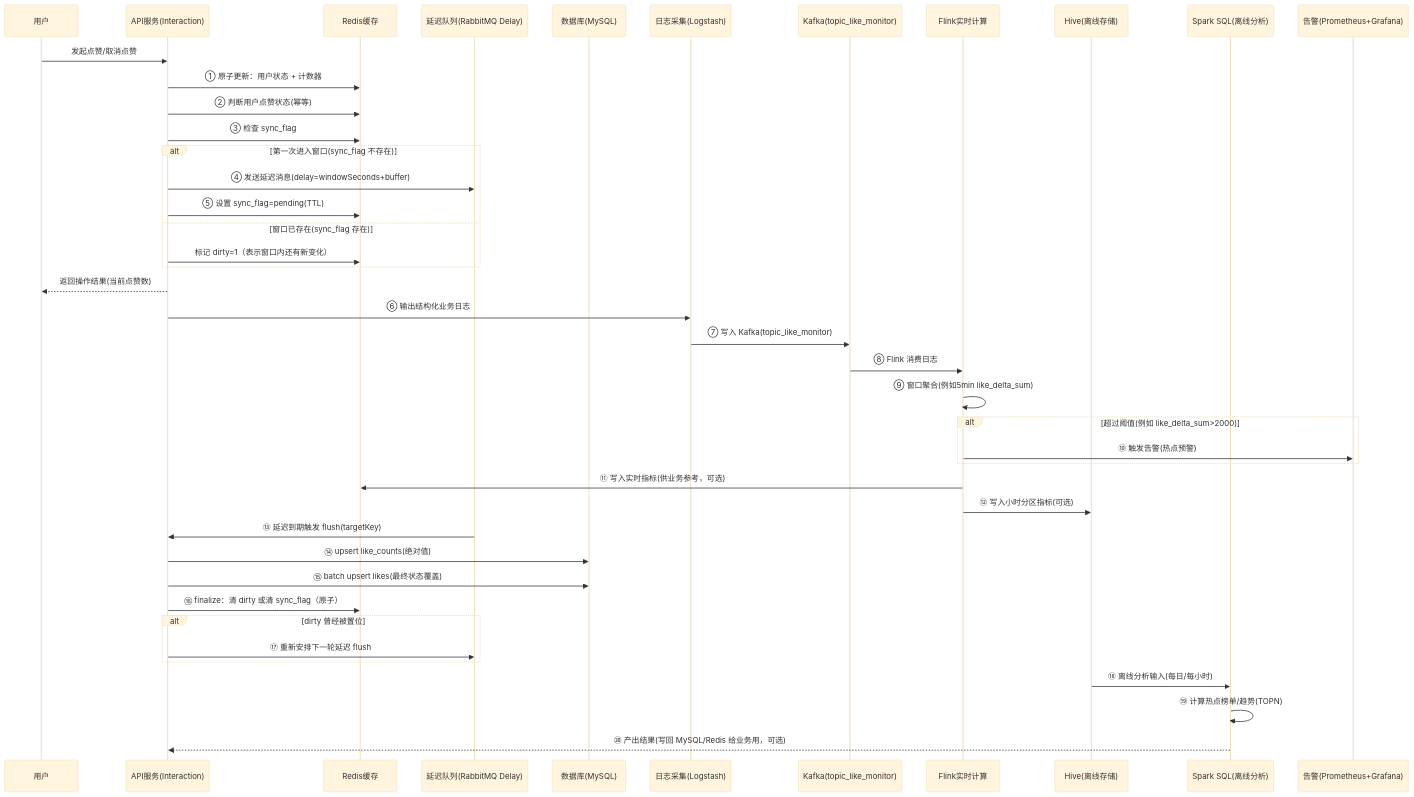
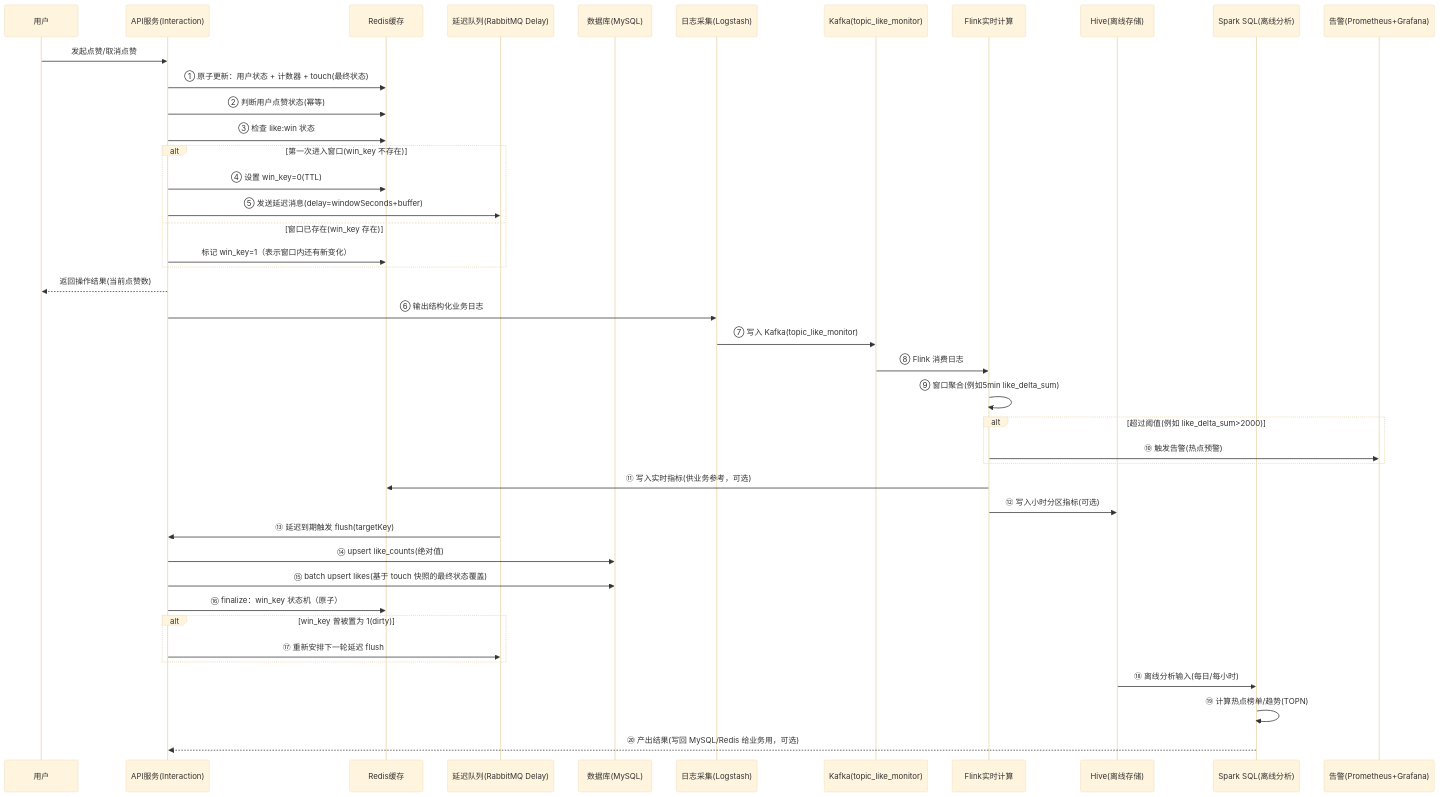
The diagram in .codex/interaction-like-pipeline-implementation.md (Yager-42/--), drawn with Mermaid (base theme) before and after one commit. The commit also changed other lines of this file and 9 other files, not shown here.

````diff
--- a/.codex/interaction-like-pipeline-implementation.md
+++ b/.codex/interaction-like-pipeline-implementation.md
@@ -120,48 +222,48 @@
 ```mermaid
 sequenceDiagram
     participant U as 用户
     participant API as API服务(Interaction)
     participant R as Redis缓存
     participant Q as 延迟队列(RabbitMQ Delay)
     participant DB as 数据库(MySQL)
     participant LS as 日志采集(Logstash)
     participant K as Kafka(topic_like_monitor)
     participant F as Flink实时计算
     participant H as Hive(离线存储)
     participant S as Spark SQL(离线分析)
     participant M as 告警(Prometheus+Grafana)
 
     U->>API: 发起点赞/取消点赞
-    API->>R: ① 原子更新：用户状态 + 计数器
+    API->>R: ① 原子更新：用户状态 + 计数器 + touch(最终状态)
     API->>R: ② 判断用户点赞状态(幂等)
-    API->>R: ③ 检查 sync_flag
-    alt 第一次进入窗口(sync_flag 不存在)
-        API->>Q: ④ 发送延迟消息(delay=windowSeconds+buffer)
-        API->>R: ⑤ 设置 sync_flag=pending(TTL)
-    else 窗口已存在(sync_flag 存在)
-        API->>R: 标记 dirty=1（表示窗口内还有新变化）
+    API->>R: ③ 检查 like:win 状态
+    alt 第一次进入窗口(win_key 不存在)
+        API->>R: ④ 设置 win_key=0(TTL)
+        API->>Q: ⑤ 发送延迟消息(delay=windowSeconds+buffer)
+    else 窗口已存在(win_key 存在)
+        API->>R: 标记 win_key=1（表示窗口内还有新变化）
     end
     API-->>U: 返回操作结果(当前点赞数)
 
     API->>LS: ⑥ 输出结构化业务日志
     LS->>K: ⑦ 写入 Kafka(topic_like_monitor)
     K->>F: ⑧ Flink 消费日志
     F->>F: ⑨ 窗口聚合(例如5min like_delta_sum)
     alt 超过阈值(例如 like_delta_sum>2000)
         F->>M: ⑩ 触发告警(热点预警)
     end
     F->>R: ⑪ 写入实时指标(供业务参考，可选)
     F->>H: ⑫ 写入小时分区指标(可选)
 
     Q->>API: ⑬ 延迟到期触发 flush(targetKey)
     API->>DB: ⑭ upsert like_counts(绝对值)
-    API->>DB: ⑮ batch upsert likes(最终状态覆盖)
-    API->>R: ⑯ finalize：清 dirty 或清 sync_flag（原子）
-    alt dirty 曾经被置位
+    API->>DB: ⑮ batch upsert likes(基于 touch 快照的最终状态覆盖)
+    API->>R: ⑯ finalize：win_key 状态机（原子）
+    alt win_key 曾被置为 1(dirty)
         API->>Q: ⑰ 重新安排下一轮延迟 flush
     end
 
     H->>S: ⑱ 离线分析输入(每日/每小时)
     S->>S: ⑲ 计算热点榜单/趋势(TOPN)
     S-->>API: ⑳ 产出结果(写回 MySQL/Redis 给业务用，可选)
 ```
````
